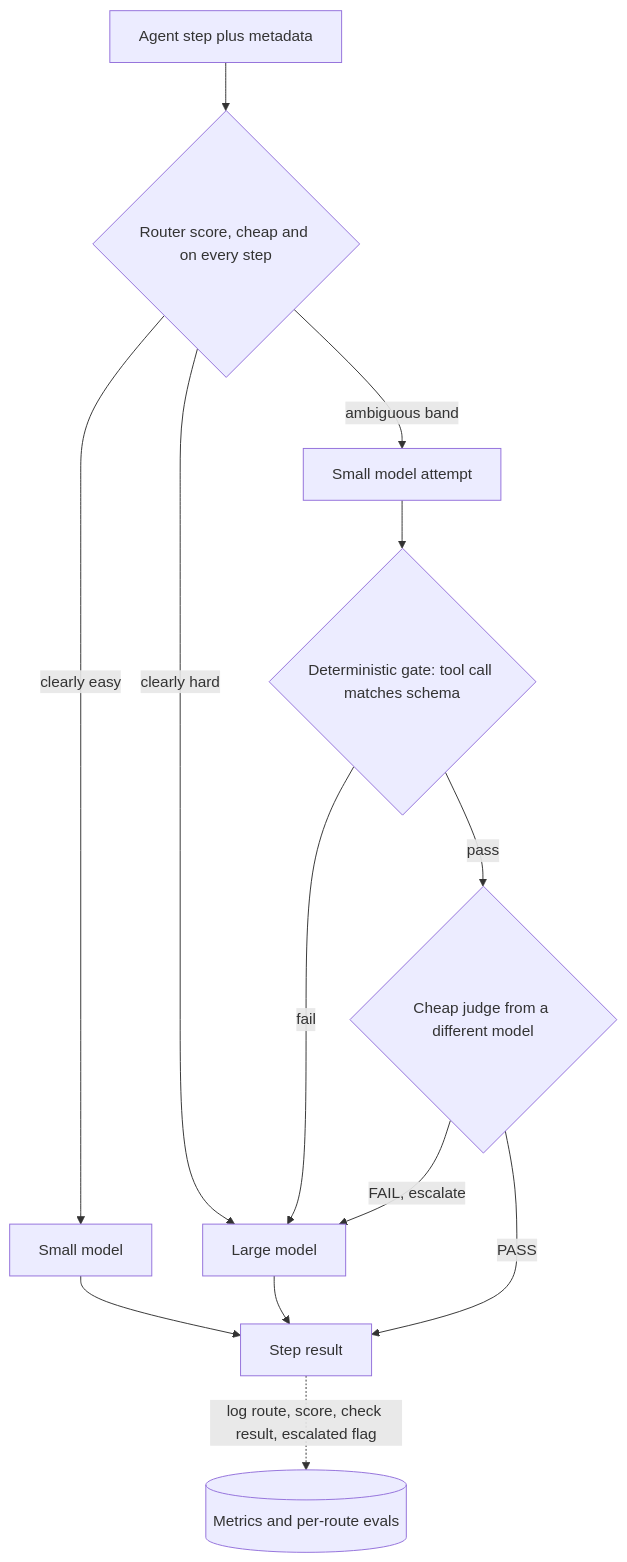
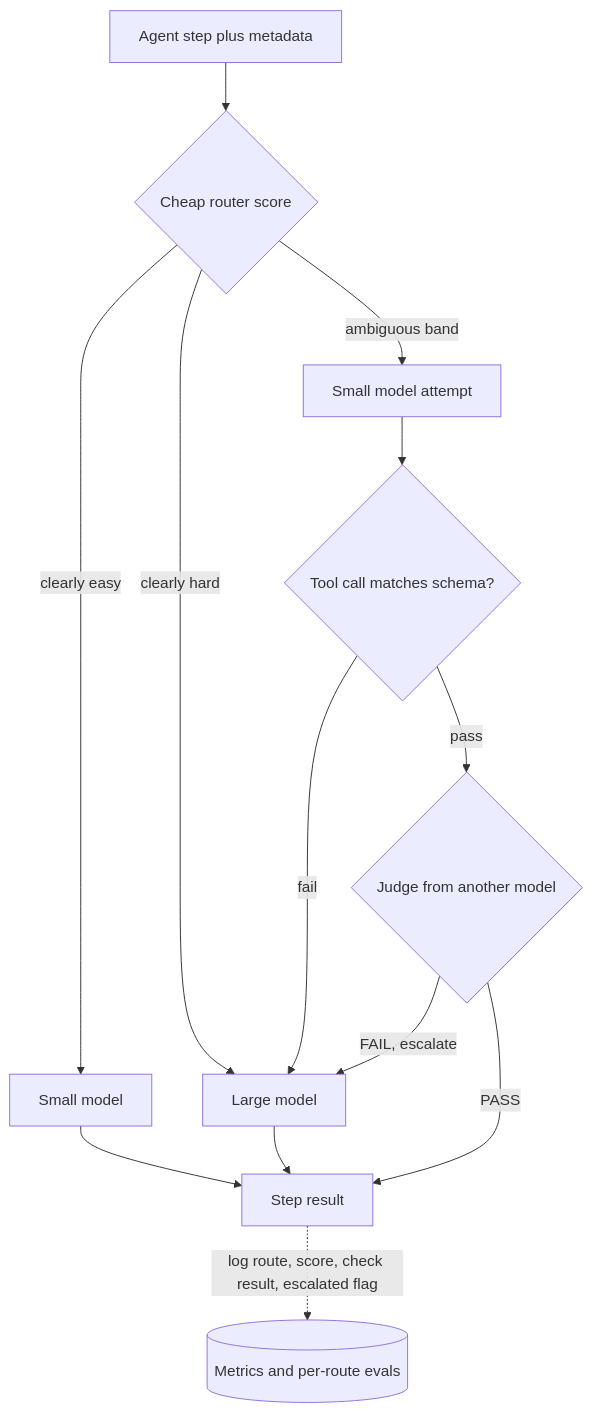
Before and after one commit to lovishmahajan97/agentic-learning: the diagram in content/system-design/model-routing-cascading.md, drawn with Mermaid. The commit also changed other lines of this file and 454 other files, not shown here.

````diff
--- a/content/system-design/model-routing-cascading.md
+++ b/content/system-design/model-routing-cascading.md
@@ -155,15 +155,15 @@
 ```mermaid
 flowchart TD
-    R["Agent step plus metadata"] --> RT{"Router score, cheap and on every step"}
+    R["Agent step plus metadata"] --> RT{"Cheap router score"}
     RT -->|"clearly easy"| SM["Small model"]
     RT -->|"clearly hard"| LG["Large model"]
     RT -->|"ambiguous band"| CS["Small model attempt"]
-    CS --> G{"Deterministic gate: tool call matches schema"}
+    CS --> G{"Tool call matches schema?"}
     G -->|"fail"| LG
-    G -->|"pass"| J{"Cheap judge from a different model"}
+    G -->|"pass"| J{"Judge from another model"}
     J -->|"FAIL, escalate"| LG
     J -->|"PASS"| OUT["Step result"]
     SM --> OUT
     LG --> OUT
     OUT -.->|"log route, score, check result, escalated flag"| M[("Metrics and per-route evals")]
 ```
````
